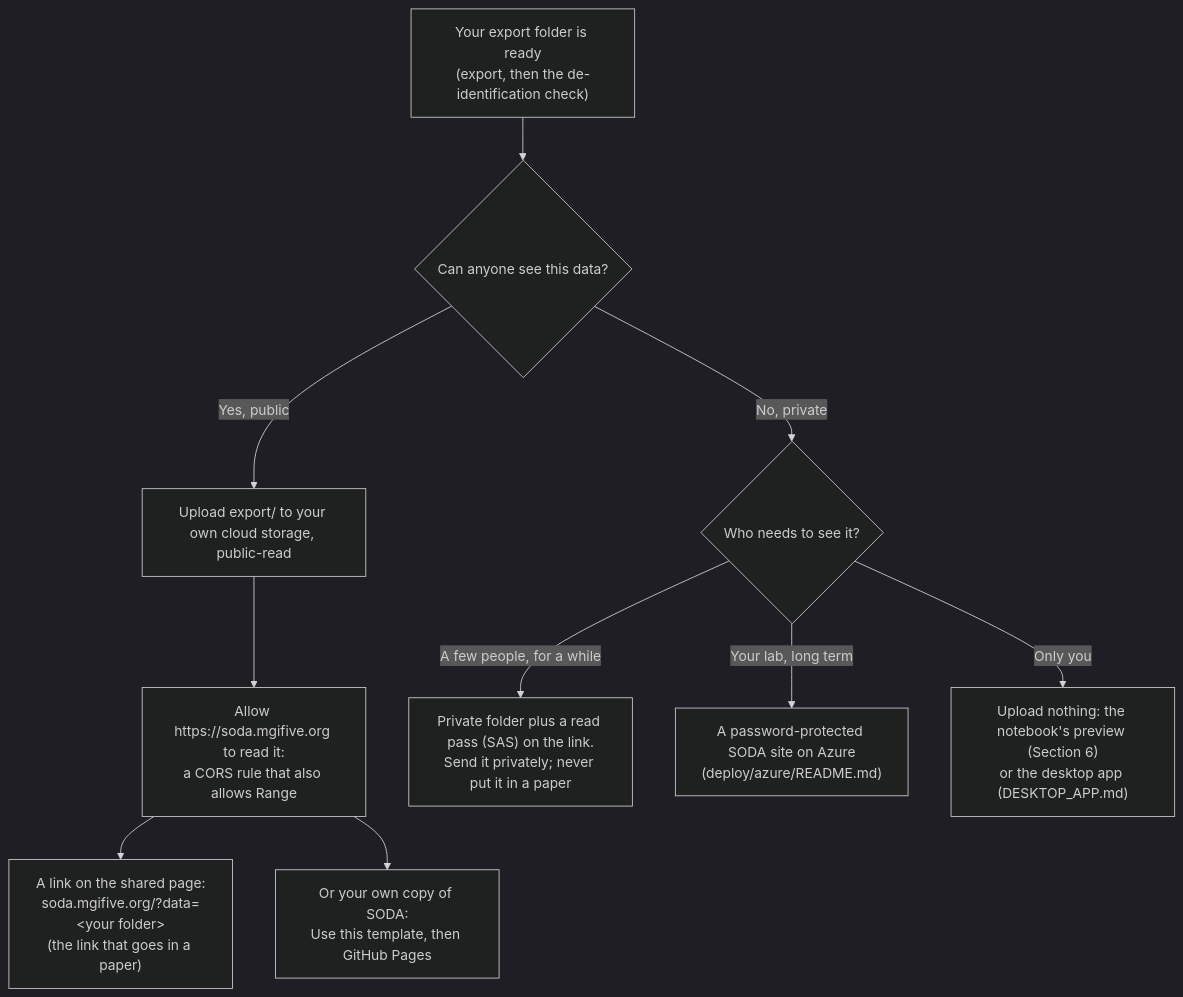
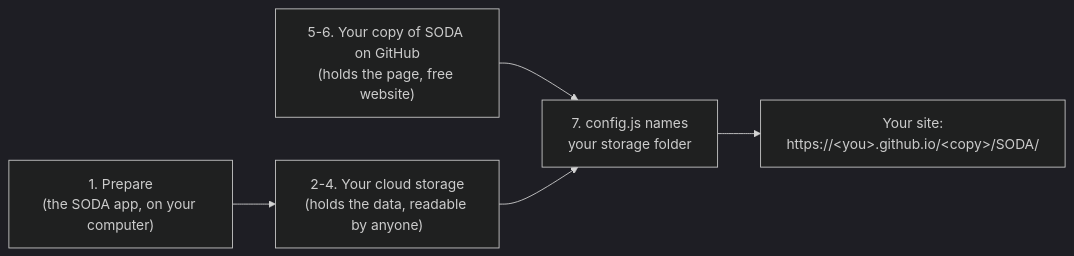
Before and after one commit to FIVE-MGI/SODA: the diagram in docs/SHARE_YOUR_DATA.md, drawn with Mermaid (dark theme). The commit also changed other lines of this file and 11 other files, not shown here.

First line of the commit message:
Docs: your own SODA site (cloud storage + Use this template + config.js) as the main way to share

````diff
--- a/docs/SHARE_YOUR_DATA.md
+++ b/docs/SHARE_YOUR_DATA.md
@@ -7,12 +9,7 @@
 ```mermaid
-flowchart TD
-    A["Your export folder is ready<br/>(export, then the de-identification check)"] --> Q{"Can anyone see this data?"}
-    Q -->|"Yes, public"| P1["Upload export/ to your own cloud storage, public-read"]
-    P1 --> P2["Allow https://soda.mgifive.org to read it:<br/>a CORS rule that also allows Range"]
-    P2 --> P3["A link on the shared page:<br/>soda.mgifive.org/?data=&lt;your folder&gt;<br/>(the link that goes in a paper)"]
-    P2 --> P4["Or your own copy of SODA:<br/>Use this template, then GitHub Pages"]
-    Q -->|"No, private"| W{"Who needs to see it?"}
-    W -->|"A few people, for a while"| V1["Private folder plus a read pass (SAS) on the link.<br/>Send it privately; never put it in a paper"]
-    W -->|"Your lab, long term"| V2["A password-protected SODA site on Azure<br/>(deploy/azure/README.md)"]
-    W -->|"Only you"| V3["Upload nothing: the notebook's preview (Section 6)<br/>or the desktop app (DESKTOP_APP.md)"]
+flowchart LR
+    A["1. Prepare<br/>(the SODA app, on your computer)"] --> B["2-4. Your cloud storage<br/>(holds the data, readable by anyone)"]
+    C["5-6. Your copy of SODA on GitHub<br/>(holds the page, free website)"] --> D["7. config.js names<br/>your storage folder"]
+    B --> D
+    D --> E["Your site:<br/>https://&lt;you&gt;.github.io/&lt;copy&gt;/SODA/"]
 ```
````
